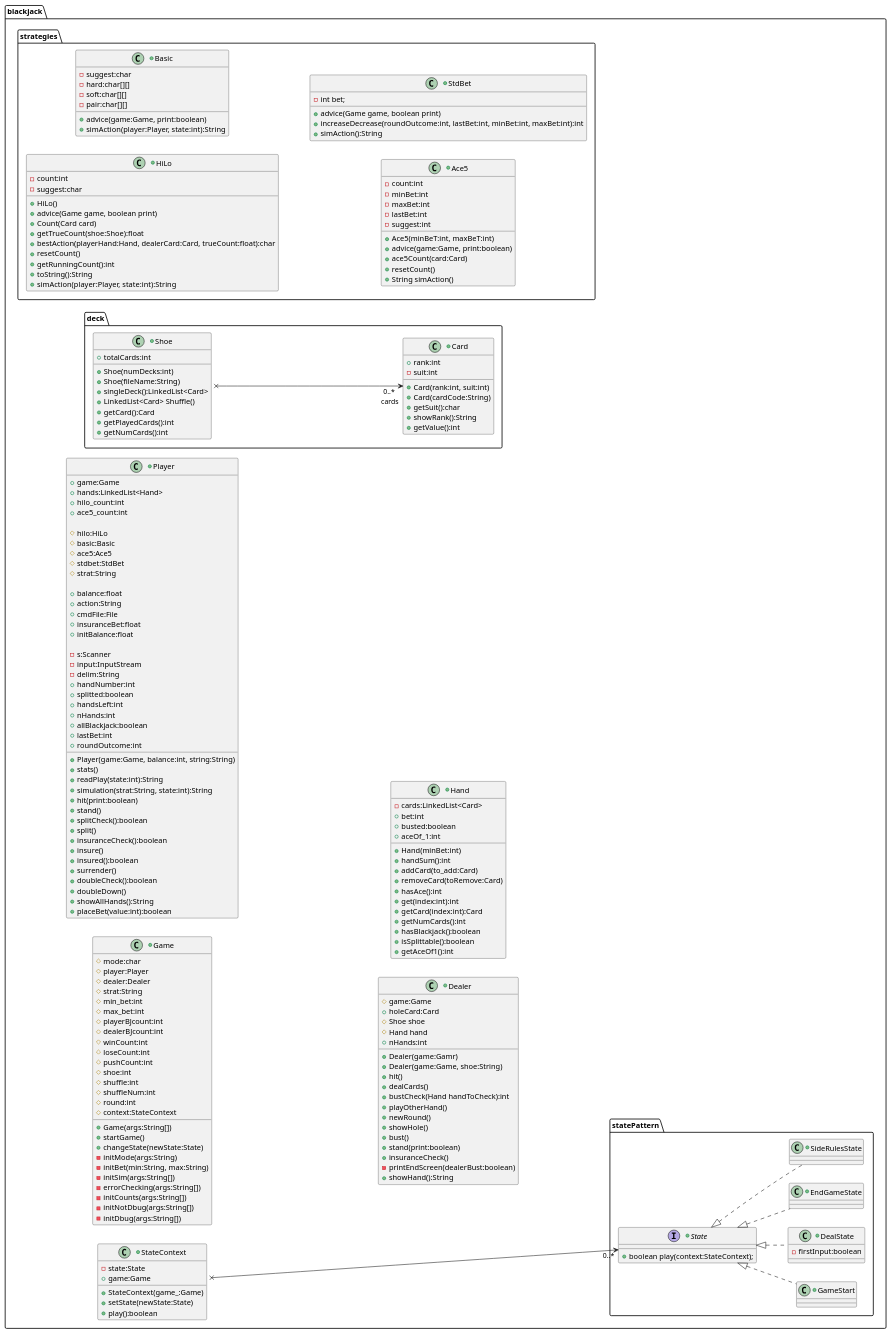
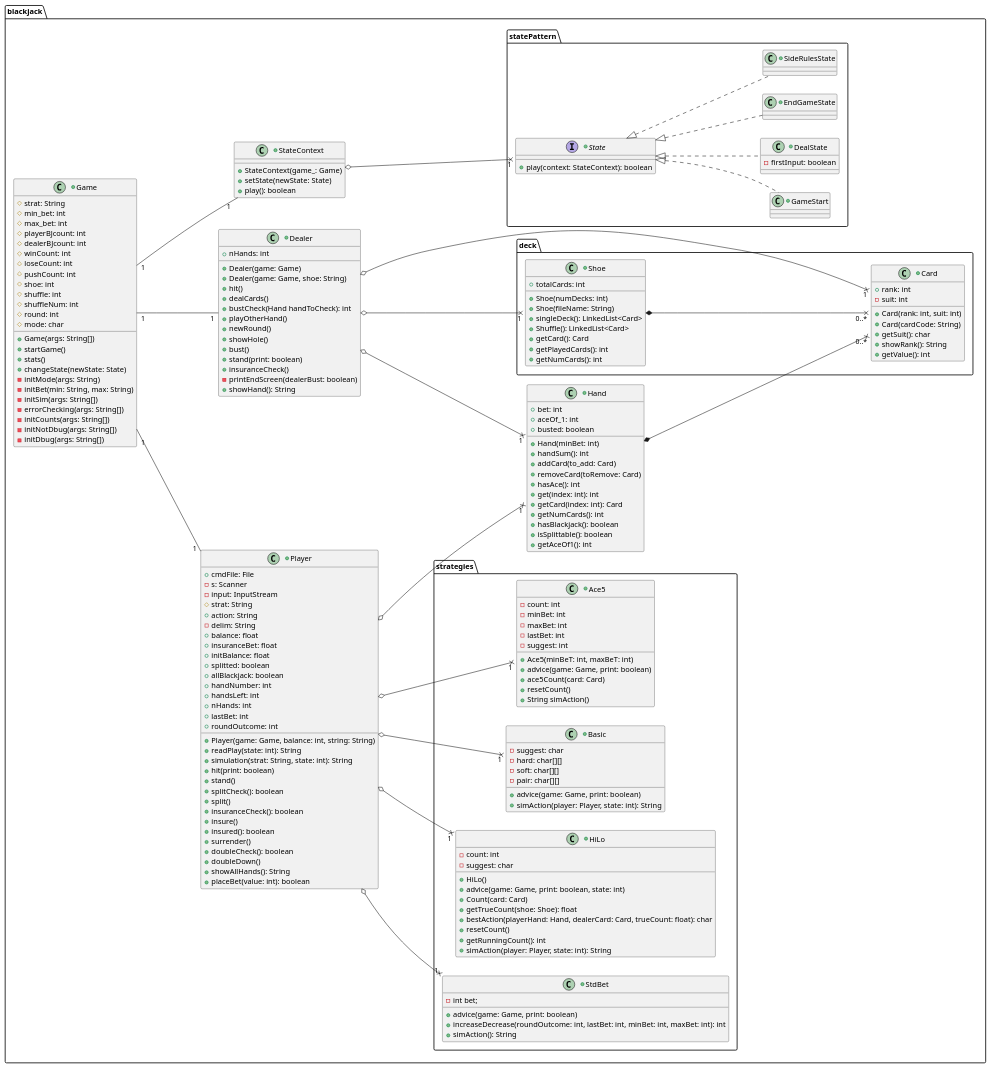
Before and after one commit to FranciscoRomao/POO-BlackJack: the diagram in blackjack.puml, drawn with PlantUML. The commit also changed 18 other files, not shown here.

```diff
--- a/blackjack.puml
+++ b/blackjack.puml
@@ -5,188 +5,56 @@
 {
     left to right direction
 
-    +class Game
-    {
-        #mode:char
-        #player:Player
-        #dealer:Dealer
-        #strat:String
-        #min_bet:int
-        #max_bet:int
-        #playerBJcount:int
-        #dealerBJcount:int
-        #winCount:int
-        #loseCount:int
-        #pushCount:int
-        #shoe:int
-        #shuffle:int
-        #shuffleNum:int
-        #round:int
-        #context:StateContext
-
-        +Game(args:String[])
-        +startGame()
-        +changeState(newState:State)
-        -initMode(args:String)
-        -initBet(min:String, max:String)
-        -initSim(args:String[])
-        -errorChecking(args:String[])
-        -initCounts(args:String[])
-        -initNotDbug(args:String[])
-        -initDbug(args:String[])
-    }
-
-    +class Player
-    {
-        +game:Game
-        +hands:LinkedList<Hand>
-        +hilo_count:int
-        +ace5_count:int
-
-        #hilo:HiLo
-        #basic:Basic
-        #ace5:Ace5
-        #stdbet:StdBet
-        #strat:String
-
-        +balance:float
-        +action:String
-        +cmdFile:File
-        +insuranceBet:float
-        +initBalance:float
-
-        -s:Scanner
-        -input:InputStream
-        -delim:String
-        +handNumber:int
-        +splitted:boolean
-        +handsLeft:int
-        +nHands:int
-        +allBlackjack:boolean
-        +lastBet:int
-        +roundOutcome:int
-
-        +Player(game:Game, balance:int, string:String)
-        +stats()
-        +readPlay(state:int):String
-        +simulation(strat:String, state:int):String
-        +hit(print:boolean)
-        +stand()
-        +splitCheck():boolean
-        +split()
-        +insuranceCheck():boolean
-        +insure()
-        +insured():boolean
-        +surrender()
-        +doubleCheck():boolean
-        +doubleDown()
-        +showAllHands():String
-        +placeBet(value:int):boolean
-    }
-
-    +class Dealer
-    {
-        #game:Game
-        +holeCard:Card
-        #Shoe shoe
-        #Hand hand
-        +nHands:int
-
-        +Dealer(game:Gamr)
-        +Dealer(game:Game, shoe:String)
-        +hit()
-        +dealCards()
-        +bustCheck(Hand handToCheck):int
-        +playOtherHand()
-        +newRound()
-        +showHole()
-        +bust()
-        +stand(print:boolean)
-        +insuranceCheck()
-        -printEndScreen(dealerBust:boolean)
-        +showHand():String
-    }
-
-    +class Hand
-    {
-        -cards:LinkedList<Card>
-        +bet:int
-        +busted:boolean
-        +aceOf_1:int
-
-        +Hand(minBet:int)
-        +handSum():int
-        +addCard(to_add:Card)
-        +removeCard(toRemove:Card)
-        +hasAce():int
-        +get(index:int):int
-        +getCard(index:int):Card
-        +getNumCards():int
-        +hasBlackjack():boolean
-        +isSplittable():boolean
-        +getAceOf1():int
-    }
-
-    +class StateContext
-    {
-        -state:State
-        +game:Game
-        
-        +StateContext(game_:Game) 
-        +setState(newState:State)
-        +play():boolean
-    }
-
     package strategies
     {
         +class HiLo
         {
-            -count:int
-	        -suggest:char
+            -count: int
+	        -suggest: char
 
             +HiLo()
-            +advice(Game game, boolean print)
-            +Count(Card card)
-            +getTrueCount(shoe:Shoe):float
-            +bestAction(playerHand:Hand, dealerCard:Card, trueCount:float):char
+            +advice(game: Game, print: boolean, state: int)
+            +Count(card: Card)
+            +getTrueCount(shoe: Shoe): float
+            +bestAction(playerHand: Hand, dealerCard: Card, trueCount: float): char
             +resetCount()
-            +getRunningCount():int
-            +toString():String
-            +simAction(player:Player, state:int):String
+            +getRunningCount(): int
+            +simAction(player: Player, state: int): String
         }
 
         +class Basic
         {
-            -suggest:char
-            -hard:char[][]
-            -soft:char[][]
-            -pair:char[][]
+            -suggest: char
+            -hard: char[][]
+            -soft: char[][]
+            -pair: char[][]
 
-            +advice(game:Game, print:boolean)
-            +simAction(player:Player, state:int):String
+            +advice(game: Game, print: boolean)
+            +simAction(player: Player, state: int): String
         }
 
         +class Ace5
         {
-            -count:int
-            -minBet:int
-            -maxBet:int
-            -lastBet:int
-        -suggest:int
+            -count: int
+            -minBet: int
+            -maxBet: int
+            -lastBet: int
+            -suggest: int
 
-        +Ace5(minBeT:int, maxBeT:int)
-        +advice(game:Game, print:boolean)
-        +ace5Count(card:Card)
-        +resetCount()
-        +String simAction()
+            +Ace5(minBeT: int, maxBeT: int)
+            +advice(game: Game, print: boolean)
+            +ace5Count(card: Card)
+            +resetCount()
+            +String simAction()
         }
     
         +class StdBet
         {
             -int bet;
-            +advice(Game game, boolean print)
-            +increaseDecrease(roundOutcome:int, lastBet:int, minBet:int, maxBet:int):int
-            +simAction():String
+
+            +advice(game: Game, print: boolean)
+            +increaseDecrease(roundOutcome: int, lastBet: int, minBet: int, maxBet: int): int
+            +simAction(): String
         }
     }
 
@@ -194,7 +62,7 @@
     {
         +interface State
         {
-            +boolean play(context:StateContext);
+            +play(context: StateContext): boolean
         }
 
         +class GameStart implements State
@@ -203,7 +71,7 @@
 
         +class DealState implements State
         {
-            -firstInput:boolean
+            -firstInput: boolean
         }
 
         +class EndGameState implements State
@@ -214,48 +82,165 @@
         {
         }    
     }
-    
+
     package deck
     {
     	+class Shoe
         {
-            +totalCards:int
+            +totalCards: int
 
-            +Shoe(numDecks:int)
-            +Shoe(fileName:String)
-            +singleDeck():LinkedList<Card>
-            +LinkedList<Card> Shuffle()
-            +getCard():Card
-            +getPlayedCards():int
-            +getNumCards():int
+            +Shoe(numDecks: int)
+            +Shoe(fileName: String)
+            +singleDeck(): LinkedList<Card>
+            +Shuffle(): LinkedList<Card>
+            +getCard(): Card
+            +getPlayedCards(): int
+            +getNumCards(): int
         }
 
         +class Card
         {
-            +rank:int
-            -suit:int
+            +rank: int
+            -suit: int
 
-            +Card(rank:int, suit:int)
-            +Card(cardCode:String)
-            +getSuit():char
-            +showRank():String
-            +getValue():int
+            +Card(rank: int, suit: int)
+            +Card(cardCode: String)
+            +getSuit(): char
+            +showRank(): String
+            +getValue(): int
         }
 
-    	Shoe x--> "0..*\n cards" Card
+    	Shoe *---x "0..*" Card
     }
 
-    StateContext x---> "0..*" State
-    
-    'Player x--->  "0..* cards" Card
-    
-    'Dealer x---> "0..* cards" Card
-    
-    'Game "1 player" --"1" Player
-    
-    'Game "1" -- "1" Dealer
-    
-    'Dealer x--> "1 shoe" Shoe
+    +class Game
+    {
+        #strat: String
+        #min_bet: int
+        #max_bet: int
+        #playerBJcount: int
+        #dealerBJcount: int
+        #winCount: int
+        #loseCount: int
+        #pushCount: int
+        #shoe: int
+        #shuffle: int
+        #shuffleNum: int
+        #round: int
+        #mode: char
+
+        +Game(args: String[])
+        +startGame()
+        +stats()
+        +changeState(newState: State)
+        -initMode(args: String)
+        -initBet(min: String, max: String)
+        -initSim(args: String[])
+        -errorChecking(args: String[])
+        -initCounts(args: String[])
+        -initNotDbug(args: String[])
+        -initDbug(args: String[])
+    }
+
+    Game "1" --- "1" Player
+    Game "1" --- "1" Dealer
+    Game "1" --- "1" StateContext
+
+    +class Player
+    {
+
+        +cmdFile: File
+        -s: Scanner
+        -input: InputStream
+        #strat: String
+        +action: String
+        -delim: String
+        +balance: float
+        +insuranceBet: float
+        +initBalance: float
+        +splitted: boolean
+        +allBlackjack: boolean
+        +handNumber: int
+        +handsLeft: int
+        +nHands: int
+        +lastBet: int
+        +roundOutcome: int
+
+        +Player(game: Game, balance: int, string: String)
+        +readPlay(state: int): String
+        +simulation(strat: String, state: int): String
+        +hit(print: boolean)
+        +stand()
+        +splitCheck(): boolean
+        +split()
+        +insuranceCheck(): boolean
+        +insure()
+        +insured(): boolean
+        +surrender()
+        +doubleCheck(): boolean
+        +doubleDown()
+        +showAllHands(): String
+        +placeBet(value: int): boolean
+    }
+
+    Player o---x "1" Hand
+    Player o---x "1" HiLo
+    Player o---x "1" Ace5
+    Player o---x "1" StdBet
+    Player o---x "1" Basic
+
+    +class Dealer
+    {
+        +nHands: int
+
+        +Dealer(game: Game)
+        +Dealer(game: Game, shoe: String)
+        +hit()
+        +dealCards()
+        +bustCheck(Hand handToCheck): int
+        +playOtherHand()
+        +newRound()
+        +showHole()
+        +bust()
+        +stand(print: boolean)
+        +insuranceCheck()
+        -printEndScreen(dealerBust: boolean)
+        +showHand(): String
+    }
+
+    Dealer o---x "1" Hand
+    Dealer o---x "1" Card
+    Dealer o---x "1" Shoe
+
+    +class Hand
+    {
+        +bet: int
+        +aceOf_1: int
+        +busted: boolean
+
+        +Hand(minBet: int)
+        +handSum(): int
+        +addCard(to_add: Card)
+        +removeCard(toRemove: Card)
+        +hasAce(): int
+        +get(index: int): int
+        +getCard(index: int): Card
+        +getNumCards(): int
+        +hasBlackjack(): boolean
+        +isSplittable(): boolean
+        +getAceOf1(): int
+    }
+
+    Hand *---x "0..*" Card
+
+    +class StateContext
+    {
+        +StateContext(game_: Game) 
+        +setState(newState: State)
+        +play(): boolean
+    }
+
+    StateContext o---x "1" State
 }
 
 @enduml
```
